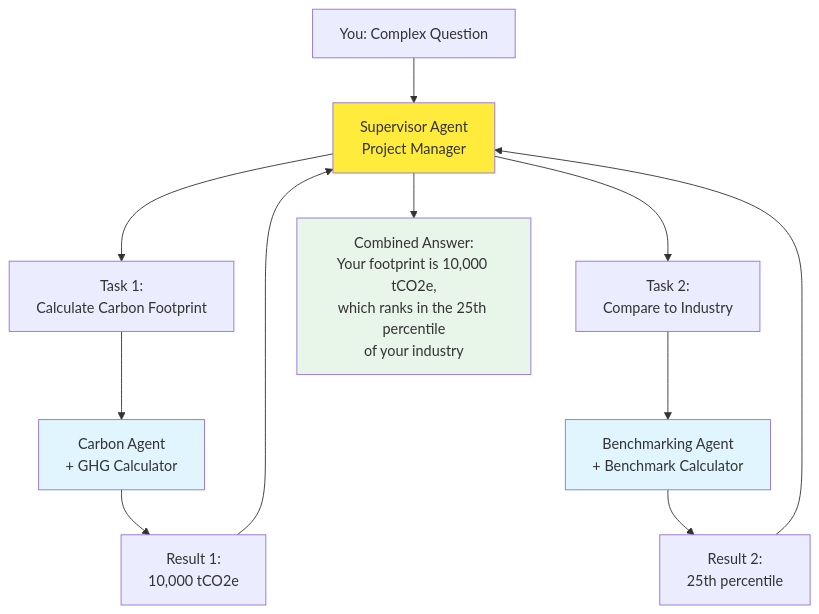
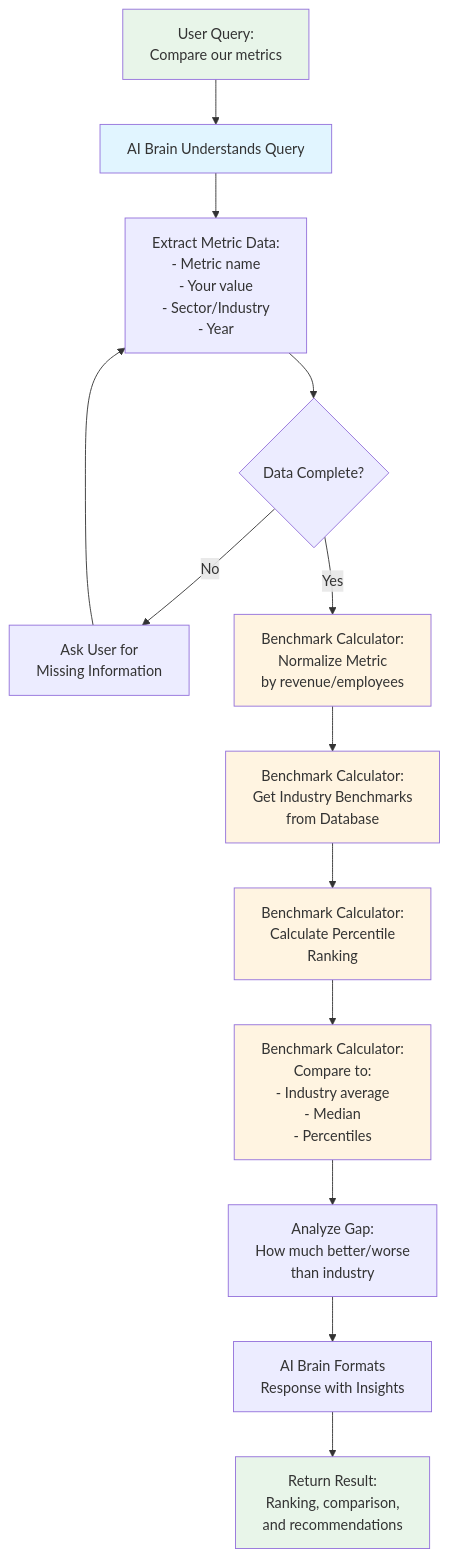
Before and after one commit to VaibhavYadavAntino/Fitsol: the third of 6 diagrams in AGENTS.md, drawn with Mermaid. The commit also changed other lines of this file, not shown here.

````diff
--- a/AGENTS.md
+++ b/AGENTS.md
@@ -259,23 +201,28 @@
 ```mermaid
-graph TB
-    YOU[You: Complex Question] --> SUPERVISOR[Supervisor Agent<br/>Project Manager]
+flowchart TD
+    START[User Query:<br/>Compare our metrics] --> UNDERSTAND[AI Brain Understands Query]
+    UNDERSTAND --> EXTRACT[Extract Metric Data:<br/>- Metric name<br/>- Your value<br/>- Sector/Industry<br/>- Year]
     
-    SUPERVISOR --> TASK1[Task 1:<br/>Calculate Carbon Footprint]
-    SUPERVISOR --> TASK2[Task 2:<br/>Compare to Industry]
+    EXTRACT --> VALIDATE{Data Complete?}
+    VALIDATE -->|No| CLARIFY[Ask User for<br/>Missing Information]
+    CLARIFY --> EXTRACT
     
-    TASK1 --> CARBON[Carbon Agent<br/>+ GHG Calculator]
-    TASK2 --> BENCH[Benchmarking Agent<br/>+ Benchmark Calculator]
+    VALIDATE -->|Yes| NORMALIZE[Benchmark Calculator:<br/>Normalize Metric<br/>by revenue/employees]
     
-    CARBON --> RESULT1[Result 1:<br/>10,000 tCO2e]
-    BENCH --> RESULT2[Result 2:<br/>25th percentile]
+    NORMALIZE --> GET_BENCHMARK[Benchmark Calculator:<br/>Get Industry Benchmarks<br/>from Database]
+    GET_BENCHMARK --> CALC_PERCENTILE[Benchmark Calculator:<br/>Calculate Percentile<br/>Ranking]
     
-    RESULT1 --> SUPERVISOR
-    RESULT2 --> SUPERVISOR
+    CALC_PERCENTILE --> COMPARE[Benchmark Calculator:<br/>Compare to:<br/>- Industry average<br/>- Median<br/>- Percentiles]
     
-    SUPERVISOR --> ANSWER[Combined Answer:<br/>Your footprint is 10,000 tCO2e,<br/>which ranks in the 25th percentile<br/>of your industry]
+    COMPARE --> ANALYZE[Analyze Gap:<br/>How much better/worse<br/>than industry]
+    ANALYZE --> FORMAT[AI Brain Formats<br/>Response with Insights]
+    FORMAT --> RESULT[Return Result:<br/>Ranking, comparison,<br/>and recommendations]
     
-    style SUPERVISOR fill:#ffeb3b
-    style CARBON fill:#e1f5ff
-    style BENCH fill:#e1f5ff
-    style ANSWER fill:#e8f5e9
+    style START fill:#e8f5e9
+    style UNDERSTAND fill:#e1f5ff
+    style NORMALIZE fill:#fff4e1
+    style GET_BENCHMARK fill:#fff4e1
+    style CALC_PERCENTILE fill:#fff4e1
+    style COMPARE fill:#fff4e1
+    style RESULT fill:#e8f5e9
 ```
````
